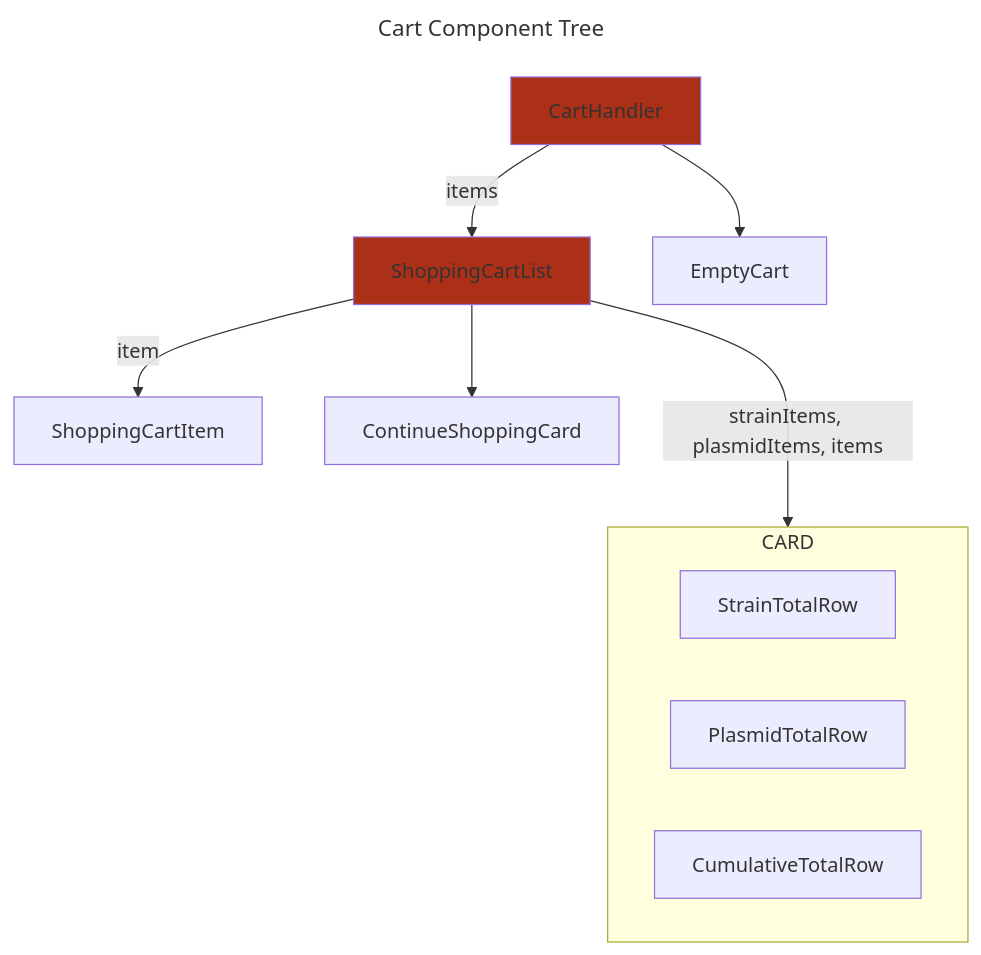
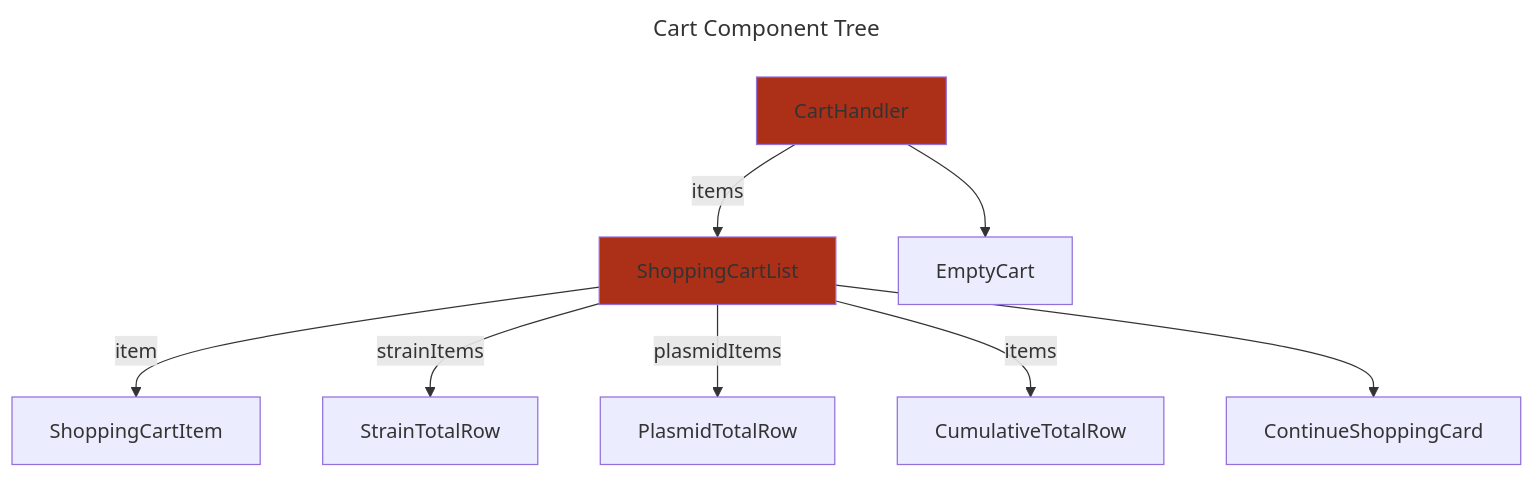
One commit to dictyBase/frontendx changed the diagram in apps/stock-center/diagrams/ShoppingCartComponentTree.md. Above: the diagram before and after it, drawn with Mermaid.

Commit message:
refactor(ShoppingCartComponentTree.md): reorganize component tree diagram
The component tree diagram for the shopping cart has been reorganized to improve readability and clarity. The relationships between components and their corresponding data have been updated to reflect the current implementation.

````diff
--- a/apps/stock-center/diagrams/ShoppingCartComponentTree.md
+++ b/apps/stock-center/diagrams/ShoppingCartComponentTree.md
@@ -1,29 +1,28 @@
 ```mermaid
 ---
 title: Cart Component Tree
 ---
 
 flowchart TD
 
 A[CartHandler]
 B[ShoppingCartList]
 C[EmptyCart]
 D[ShoppingCartItem]
 E1[StrainTotalRow]
 E2[PlasmidTotalRow]
 E3[CumulativeTotalRow]
 F[ContinueShoppingCard]
 
 A -- items --> B
 A --> C
-B ---> |strainItems, plasmidItems, items| CARD
 B -- item --> D
+B -->|strainItems| E1
+B -->|plasmidItems| E2
+B -->|items| E3
 B --> F
-subgraph CARD
-    E1
-    E2
-    E3
-  end
+
+
 classDef state fill:#ab3017
 class A,B state
 ```
````
